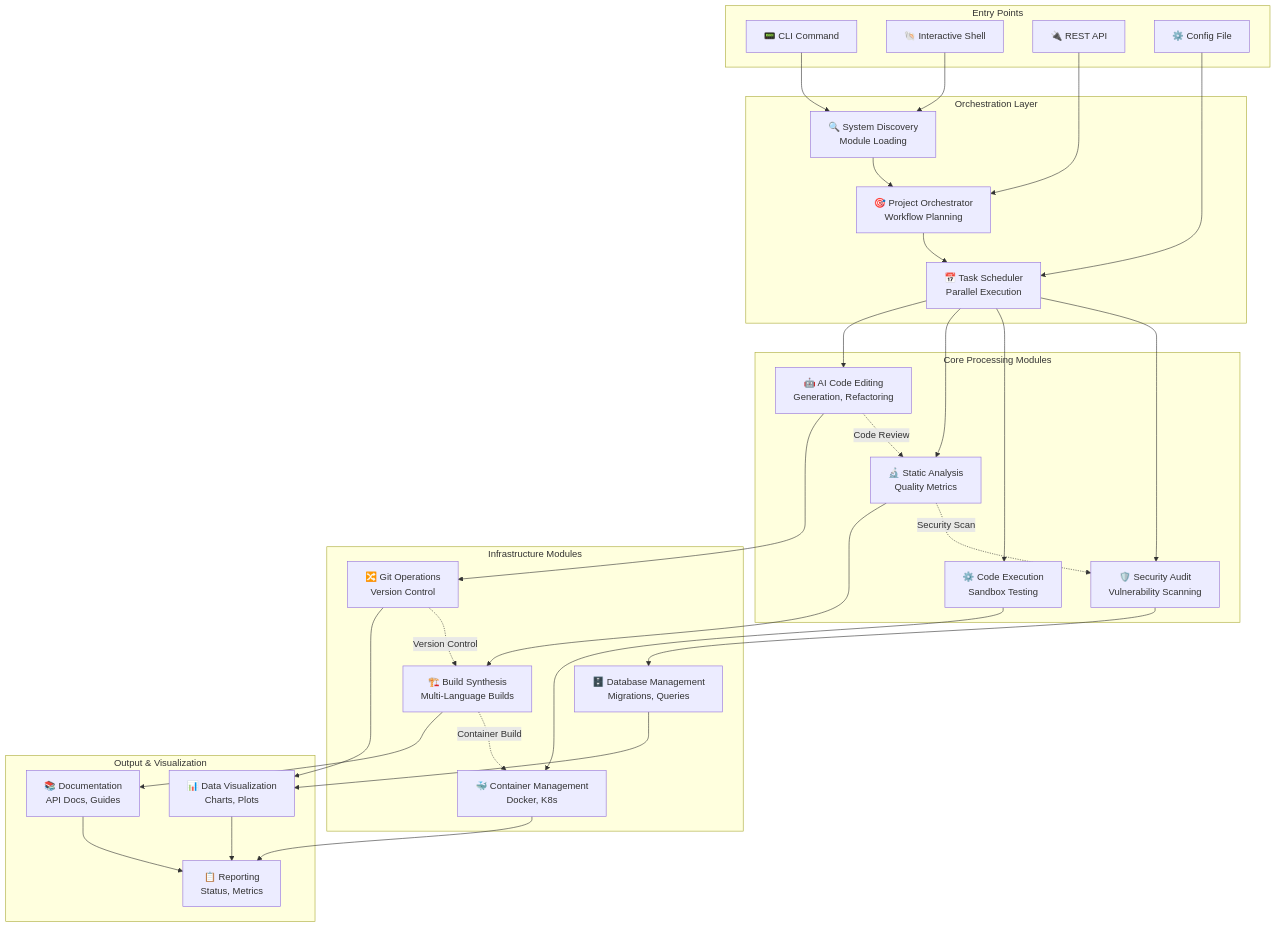
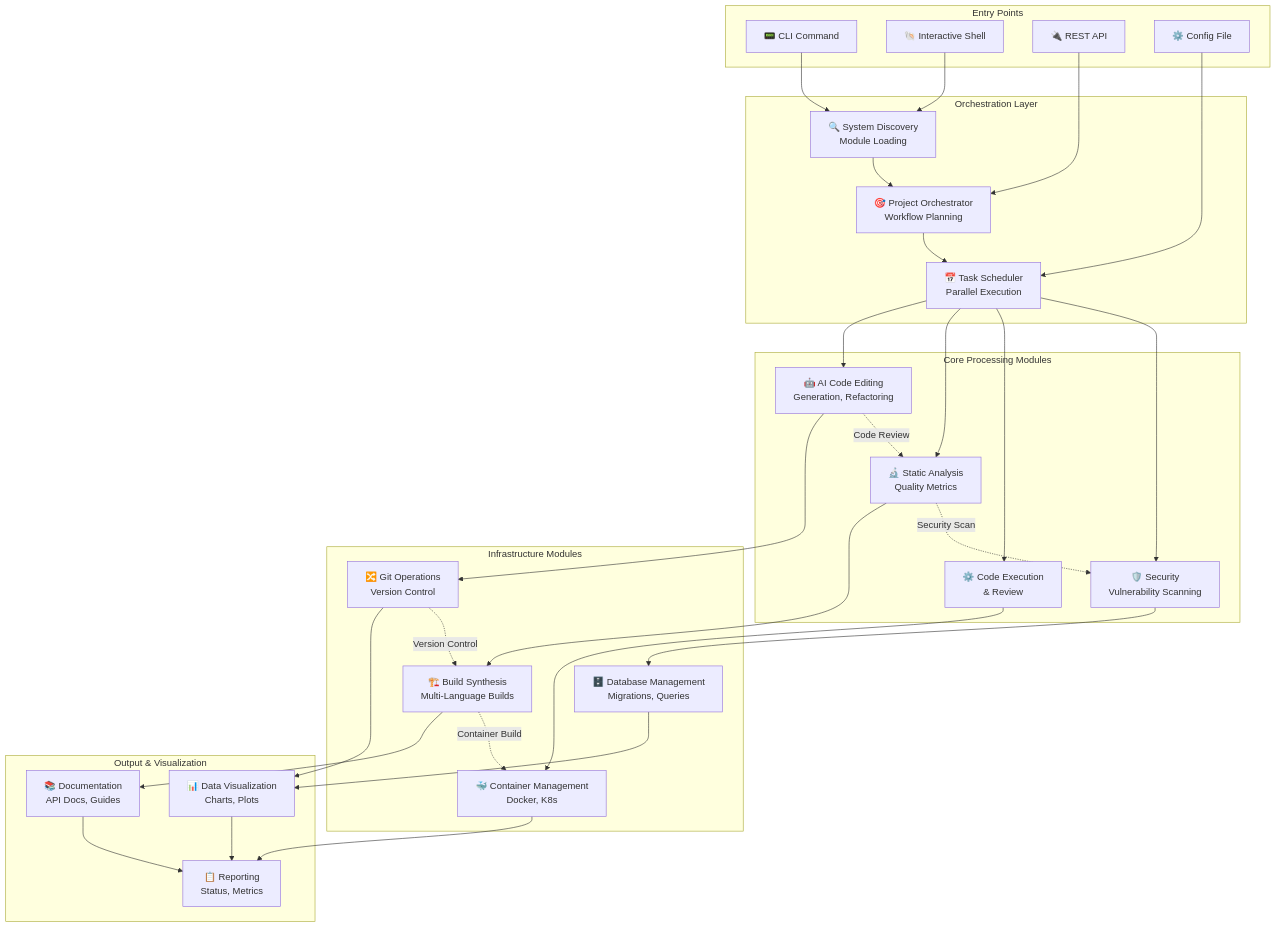
Before and after one commit to docxology/codomyrmex: the ninth of 12 diagrams in README.md, drawn with Mermaid. The commit also changed other lines of this file and 496 other files, not shown here.

````diff
--- a/README.md
+++ b/README.md
@@ -930,67 +918,67 @@
 ```mermaid
 graph TD
     subgraph "Entry Points"
         CLI[📟 CLI Command]
         InteractiveShell[🐚 Interactive Shell]
         APIEndpoint[🔌 REST API]
         ConfigFile[⚙️ Config File]
     end
 
     subgraph "Orchestration Layer"
         SystemDiscovery[🔍 System Discovery<br/>Module Loading]
         ProjectOrchestrator[🎯 Project Orchestrator<br/>Workflow Planning]
         TaskScheduler[📅 Task Scheduler<br/>Parallel Execution]
     end
 
     subgraph "Core Processing Modules"
         AICode[🤖 AI Code Editing<br/>Generation, Refactoring]
         StaticAnalysis[🔬 Static Analysis<br/>Quality Metrics]
-        CodeExecution[⚙️ Code Execution<br/>Sandbox Testing]
-        SecurityAudit[🛡️ Security Audit<br/>Vulnerability Scanning]
+        Code[⚙️ Code Execution<br/>& Review]
+        Security[🛡️ Security<br/>Vulnerability Scanning]
     end
 
     subgraph "Infrastructure Modules"
         GitOps[🔀 Git Operations<br/>Version Control]
         BuildSynth[🏗️ Build Synthesis<br/>Multi-Language Builds]
         ContainerMgmt[🐳 Container Management<br/>Docker, K8s]
         DatabaseMgmt[🗄️ Database Management<br/>Migrations, Queries]
     end
 
     subgraph "Output & Visualization"
         DataVisualization[📊 Data Visualization<br/>Charts, Plots]
         Documentation[📚 Documentation<br/>API Docs, Guides]
         Reporting[📋 Reporting<br/>Status, Metrics]
     end
 
     CLI --> SystemDiscovery
     InteractiveShell --> SystemDiscovery
     APIEndpoint --> ProjectOrchestrator
     ConfigFile --> TaskScheduler
 
     SystemDiscovery --> ProjectOrchestrator
     ProjectOrchestrator --> TaskScheduler
 
     TaskScheduler --> AICode
     TaskScheduler --> StaticAnalysis
-    TaskScheduler --> CodeExecution
-    TaskScheduler --> SecurityAudit
+    TaskScheduler --> Code
+    TaskScheduler --> Security
 
     AICode --> GitOps
     StaticAnalysis --> BuildSynth
-    CodeExecution --> ContainerMgmt
-    SecurityAudit --> DatabaseMgmt
+    Code --> ContainerMgmt
+    Security --> DatabaseMgmt
 
     GitOps --> DataVisualization
     BuildSynth --> Documentation
     ContainerMgmt --> Reporting
     DatabaseMgmt --> DataVisualization
 
     DataVisualization --> Reporting
     Documentation --> Reporting
 
     %% Cross-module dependencies
     AICode -.->|"Code Review"| StaticAnalysis
-    StaticAnalysis -.->|"Security Scan"| SecurityAudit
+    StaticAnalysis -.->|"Security Scan"| Security
     BuildSynth -.->|"Container Build"| ContainerMgmt
     GitOps -.->|"Version Control"| BuildSynth
 ```
````
